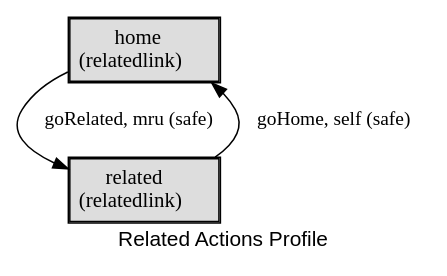
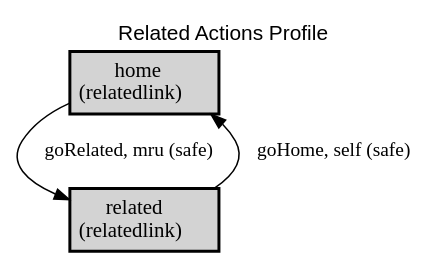
One commit to webapicookbook/alps-documents changed the diagram in docs/related/related.dot. Above: the diagram before and after it, drawn with Graphviz. The commit also changed 67 other files, not shown here.

Commit message:
update diagrams

```diff
--- a/docs/related/related.dot
+++ b/docs/related/related.dot
@@ -1,17 +1,17 @@
 digraph application_state_diagram {
   graph [
-    labelloc="b";
+    labelloc="t";
     fontname="Helvetica"
     label="Related Actions Profile";
     URL="index.html" target="_parent"
   ];
-  node [shape = box, style = "bold,filled"];
+  node [shape = box, style = "bold,filled" fillcolor="lightgray"];
 
-    home [style=solid, margin=0.02, label=<<table cellspacing="0" cellpadding="5" cellborder="1" border="0"><tr><td bgcolor="#dddddd">home<br />(relatedlink)<br /></td></tr></table>>,shape=box URL="docs/semantic.home.html" target="_parent"]
-    related [style=solid, margin=0.02, label=<<table cellspacing="0" cellpadding="5" cellborder="1" border="0"><tr><td bgcolor="#dddddd">related<br />(relatedlink)<br /></td></tr></table>>,shape=box URL="docs/semantic.related.html" target="_parent"]
+    home [margin=0.02, label=<<table cellspacing="0" cellpadding="5" border="0"><tr><td>home<br />(relatedlink)<br /></td></tr></table>>,shape=box URL="docs/semantic.home.html" target="_parent"]
+    related [margin=0.02, label=<<table cellspacing="0" cellpadding="5" border="0"><tr><td>related<br />(relatedlink)<br /></td></tr></table>>,shape=box URL="docs/semantic.related.html" target="_parent"]
 
     home -> related [label = "goRelated, mru (safe)" URL="docs/safe.goRelated.html" target="_parent" fontsize=13];
     related -> home [label = "goHome, self (safe)" URL="docs/safe.goHome.html" target="_parent" fontsize=13];
 
 
 }
```
